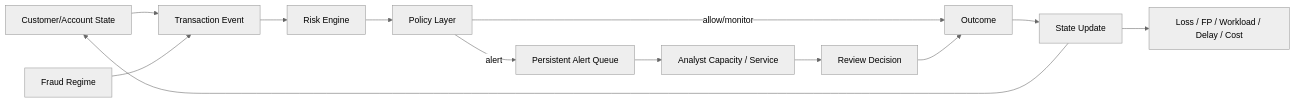
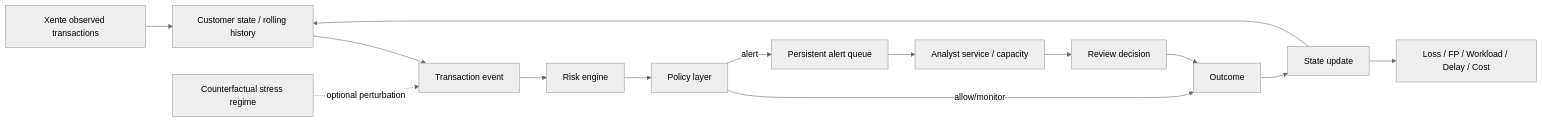
The diagram in 03 Model design/Conceptual Model v0.2.md (thaibuivan/KLTN-Fraud-ABM), drawn with Mermaid (neutral theme) before and after one commit. The commit also changed other lines of this file, not shown here.

Commit message:
Adapt conceptual model to Xente event replay

````diff
--- a/03 Model design/Conceptual Model v0.2.md
+++ b/03 Model design/Conceptual Model v0.2.md
@@ -13,15 +15,16 @@
 ```mermaid
 flowchart LR
-    A[Customer/Account State] --> B[Transaction Event]
-    R[Fraud Regime] --> B
-    B --> C[Risk Engine]
-    C --> D[Policy Layer]
+    X[Xente observed transactions] --> A[Customer state / rolling history]
+    A --> B[Transaction event]
+    B --> C[Risk engine]
+    C --> D[Policy layer]
     D -->|allow/monitor| H[Outcome]
-    D -->|alert| E[Persistent Alert Queue]
-    E --> F[Analyst Capacity / Service]
-    F --> G[Review Decision]
+    D -->|alert| E[Persistent alert queue]
+    E --> F[Analyst service / capacity]
+    F --> G[Review decision]
     G --> H
-    H --> I[State Update]
+    H --> I[State update]
     I --> A
     I --> J[Loss / FP / Workload / Delay / Cost]
+    R[Counterfactual stress regime] -. optional perturbation .-> B
 ```
````
